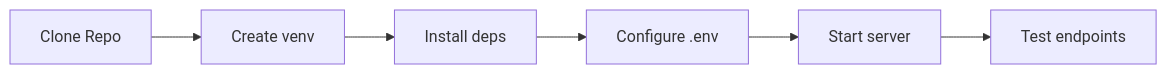
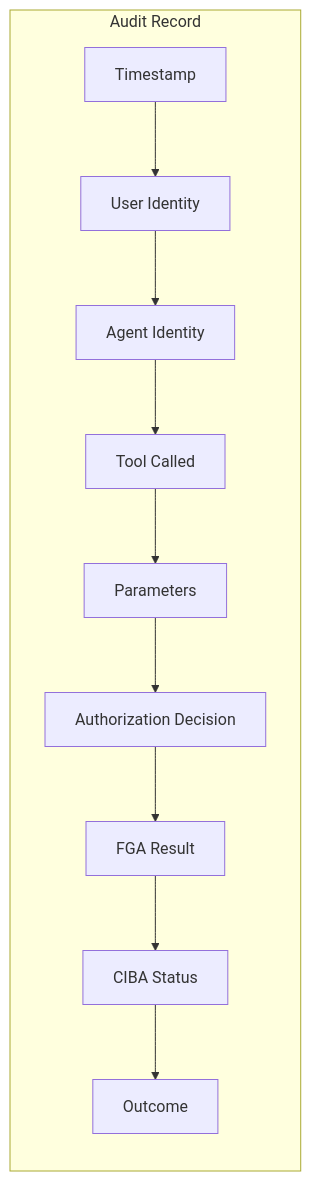
One commit to kunkol/okta-ai-agent-demo changed the seventh of 12 diagrams in DOCUMENTATION.md. Above: the diagram before and after it, drawn with Mermaid. The commit also changed other lines of this file, not shown here.

````diff
--- a/DOCUMENTATION.md
+++ b/DOCUMENTATION.md
@@ -438,8 +251,13 @@
 ```mermaid
 flowchart LR
-    A[Clone Repo] --> B[Create venv]
-    B --> C[Install deps]
-    C --> D[Configure .env]
-    D --> E[Start server]
-    E --> F[Test endpoints]
+    subgraph "Audit Record"
+        A[Timestamp] --> B[User Identity]
+        B --> C[Agent Identity]
+        C --> D[Tool Called]
+        D --> E[Parameters]
+        E --> F[Authorization Decision]
+        F --> G[FGA Result]
+        G --> H[CIBA Status]
+        H --> I[Outcome]
+    end
 ```
````
